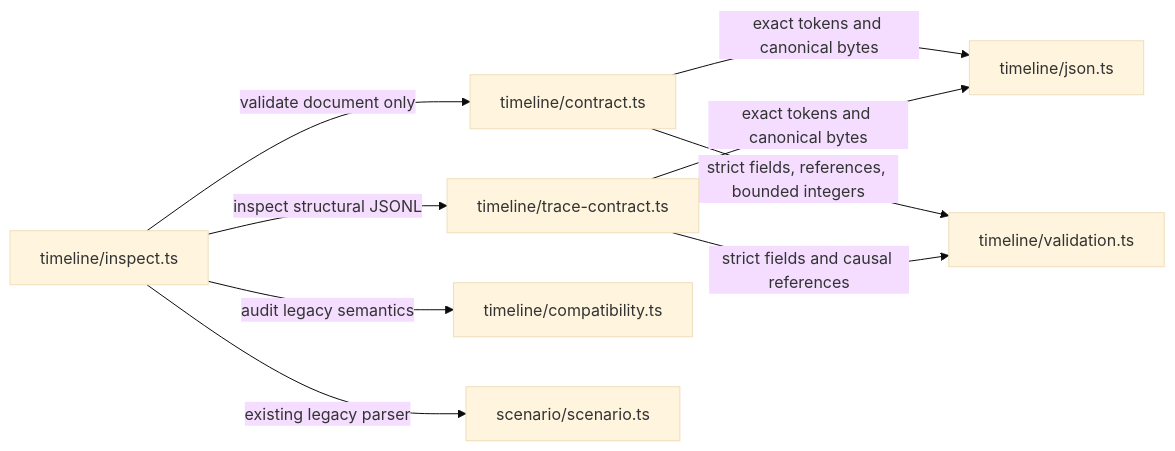
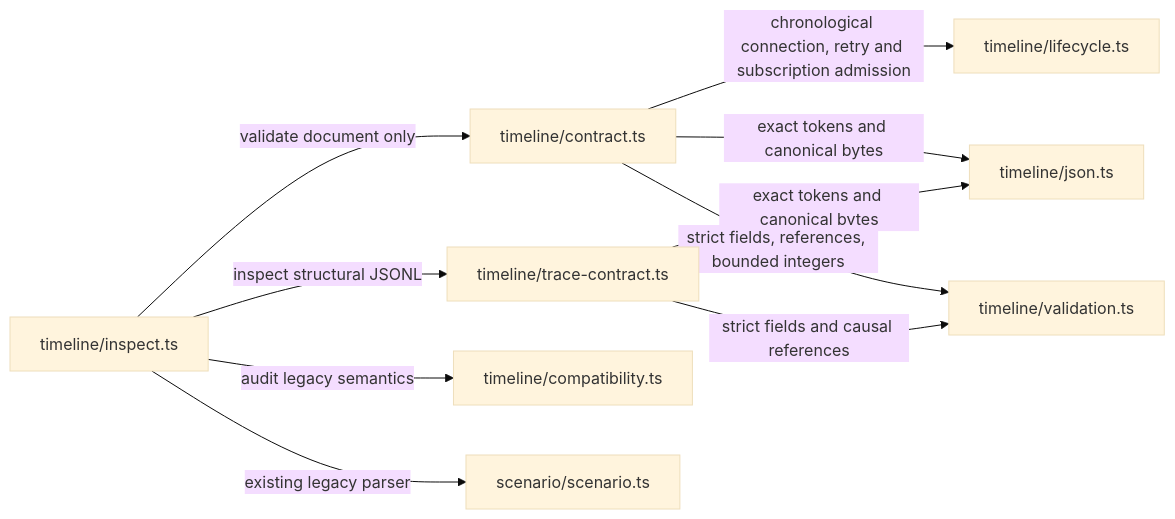
Before and after one commit to sproates/zooglass: diagram 12 of 12 in workbench/docs/source-map.md, drawn with Mermaid (base theme). The commit also changed 4 other files, not shown here.

Commit message:
Admit timeline actions against declared lifecycle order

````diff
--- a/workbench/docs/source-map.md
+++ b/workbench/docs/source-map.md
@@ -463,11 +463,12 @@
 ```mermaid
 flowchart LR
   inspect["timeline/inspect.ts"] -->|validate document only| contract["timeline/contract.ts"]
   inspect -->|inspect structural JSONL| trace["timeline/trace-contract.ts"]
   inspect -->|audit legacy semantics| compatibility["timeline/compatibility.ts"]
   inspect -->|existing legacy parser| scenario["scenario/scenario.ts"]
+  contract -->|chronological connection, retry and subscription admission| lifecycle["timeline/lifecycle.ts"]
   contract -->|exact tokens and canonical bytes| json["timeline/json.ts"]
   trace -->|exact tokens and canonical bytes| json
   contract -->|strict fields, references, bounded integers| validation["timeline/validation.ts"]
   trace -->|strict fields and causal references| validation
 ```
````
